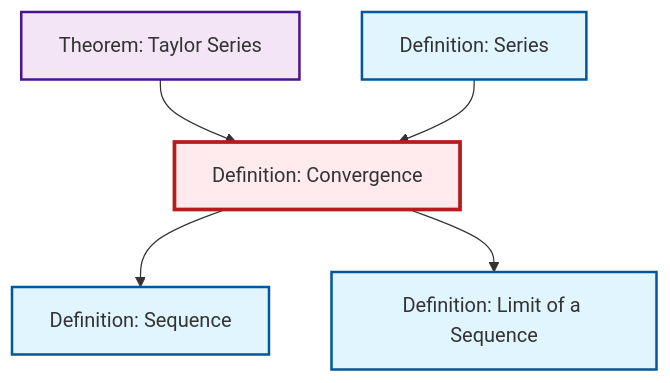
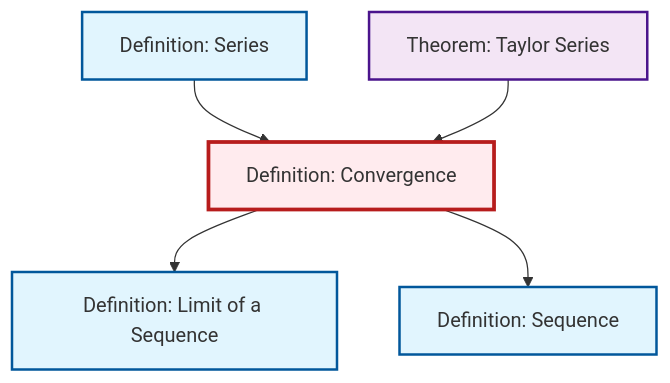
Before and after one commit to RK0429/ModernMath: the diagram in content/ja/analysis/def-convergence.qmd, drawn with Mermaid. The commit also changed other lines of this file and 619 other files, not shown here.

````diff
--- a/content/ja/analysis/def-convergence.qmd
+++ b/content/ja/analysis/def-convergence.qmd
@@ -80,23 +80,23 @@
 ```{mermaid}
 %%| fig-cap: "Local dependency graph"
 graph TD
     classDef definition fill:#e1f5fe,stroke:#01579b,stroke-width:2px
     classDef theorem fill:#f3e5f5,stroke:#4a148c,stroke-width:2px
     classDef axiom fill:#fff3e0,stroke:#e65100,stroke-width:2px
     classDef example fill:#e8f5e9,stroke:#1b5e20,stroke-width:2px
     classDef current fill:#ffebee,stroke:#b71c1c,stroke-width:3px
+    def-convergence["Definition: Convergence"]:::definition
+    thm-taylor-series["Theorem: Taylor Series"]:::theorem
+    def-sequence["Definition: Sequence"]:::definition
     def-series["Definition: Series"]:::definition
-    thm-taylor-series["Theorem: Taylor Series"]:::theorem
-    def-convergence["Definition: Convergence"]:::definition
-    def-sequence["Definition: Sequence"]:::definition
     def-limit["Definition: Limit of a Sequence"]:::definition
-    def-convergence --> def-sequence
-    thm-taylor-series --> def-convergence
     def-series --> def-convergence
     def-convergence --> def-limit
+    thm-taylor-series --> def-convergence
+    def-convergence --> def-sequence
     class def-convergence current
-    click def-series "def-series.html" "Definition: Seriesへ"
     click thm-taylor-series "thm-taylor-series.html" "Theorem: Taylor Seriesへ"
     click def-sequence "def-sequence.html" "Definition: Sequenceへ"
+    click def-series "def-series.html" "Definition: Seriesへ"
     click def-limit "def-limit.html" "Definition: Limit of a Sequenceへ"
 ```
````
